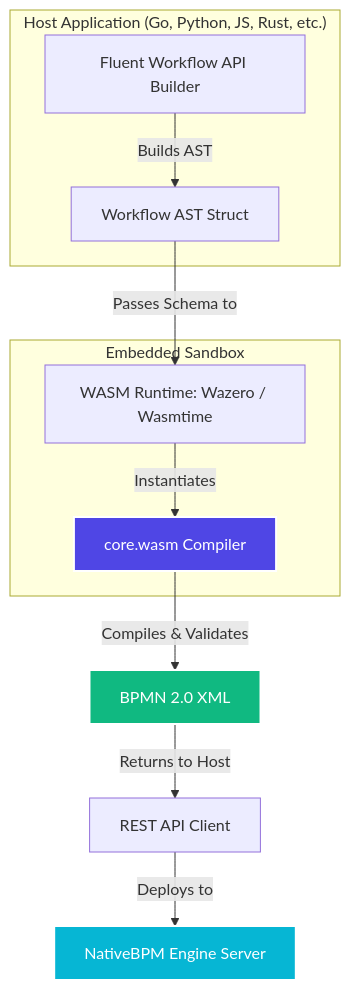
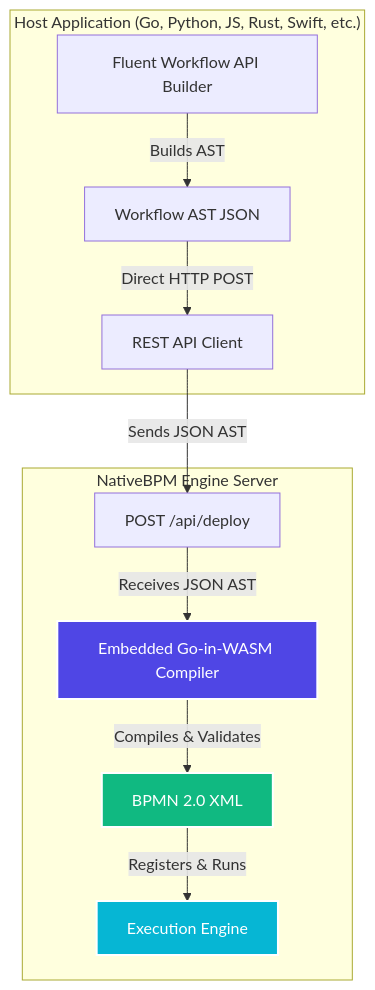
One commit to nativebpm/SDK changed the diagram in README.md. Above: the diagram before and after it, drawn with Mermaid. The commit also changed other lines of this file and 72 other files, not shown here.

Commit message:
feat: simplify client SDKs, remove local WASM runtime and clean up artifacts

````diff
--- a/README.md
+++ b/README.md
@@ -51,19 +50,19 @@
 ```mermaid
 flowchart TD
-    subgraph "Host Application (Go, Python, JS, Rust, etc.)"
-        API[Fluent Workflow API Builder] -->|Builds AST| AST[Workflow AST Struct]
+    subgraph "Host Application (Go, Python, JS, Rust, Swift, etc.)"
+        API[Fluent Workflow API Builder] -->|Builds AST| AST[Workflow AST JSON]
+        AST -->|Direct HTTP POST| REST[REST API Client]
     end
 
-    subgraph "Embedded Sandbox"
-        WASM_RUN[WASM Runtime: Wazero / Wasmtime] -->|Instantiates| CORE[core.wasm Compiler]
+    subgraph "NativeBPM Engine Server"
+        POST_DEPLOY[POST /api/deploy] -->|Receives JSON AST| COMPILER[Embedded Go-in-WASM Compiler]
+        COMPILER -->|Compiles & Validates| BPMN[BPMN 2.0 XML]
+        BPMN -->|Registers & Runs| ENGINE[Execution Engine]
     end
 
-    AST -->|Passes Schema to| WASM_RUN
-    CORE -->|Compiles & Validates| BPMN[BPMN 2.0 XML]
-    BPMN -->|Returns to Host| REST[REST API Client]
-    REST -->|Deploys to| ENGINE[NativeBPM Engine Server]
+    REST -->|Sends JSON AST| POST_DEPLOY
 
-    style CORE fill:#4F46E5,stroke:#fff,stroke-width:2px,color:#fff
+    style COMPILER fill:#4F46E5,stroke:#fff,stroke-width:2px,color:#fff
     style BPMN fill:#10B981,stroke:#fff,stroke-width:2px,color:#fff
     style ENGINE fill:#06B6D4,stroke:#fff,stroke-width:2px,color:#fff
 ```
````
